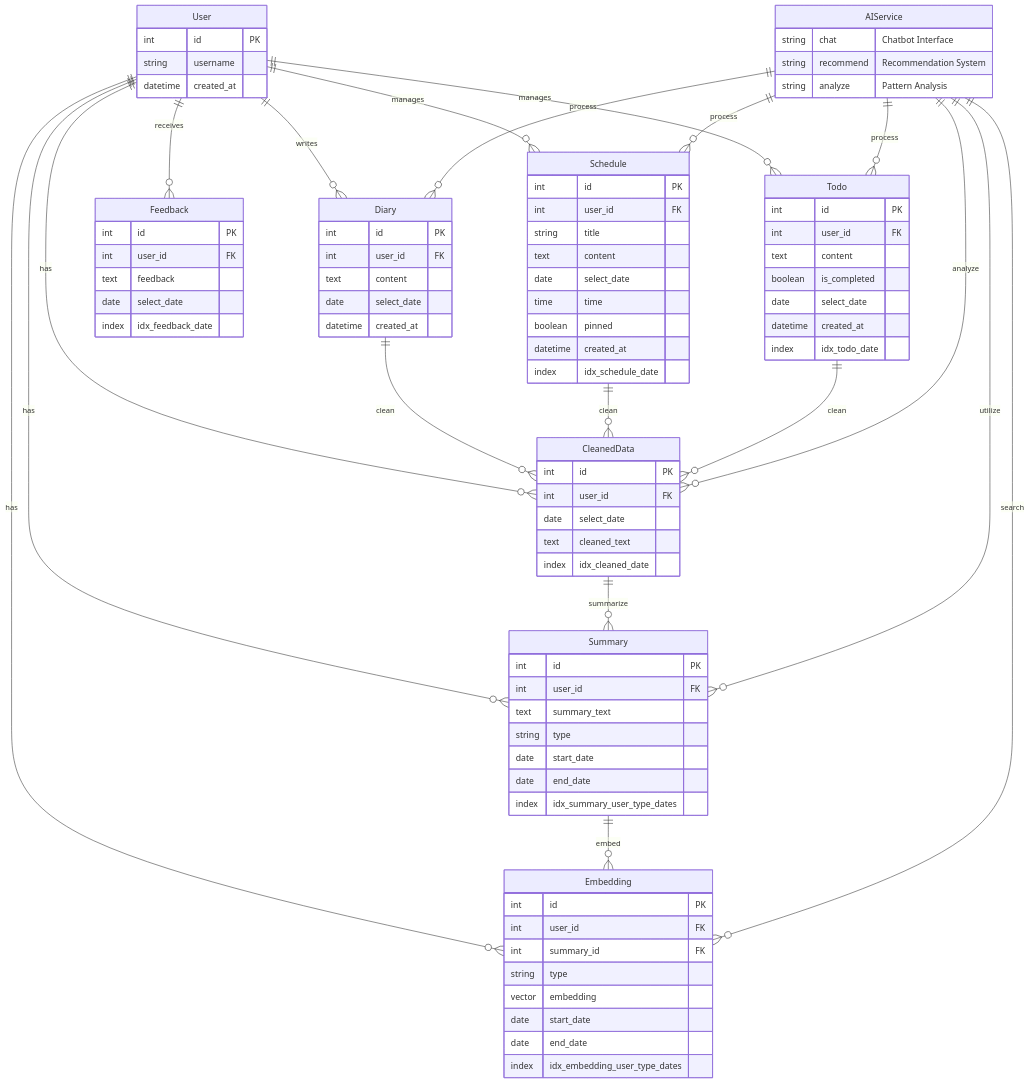
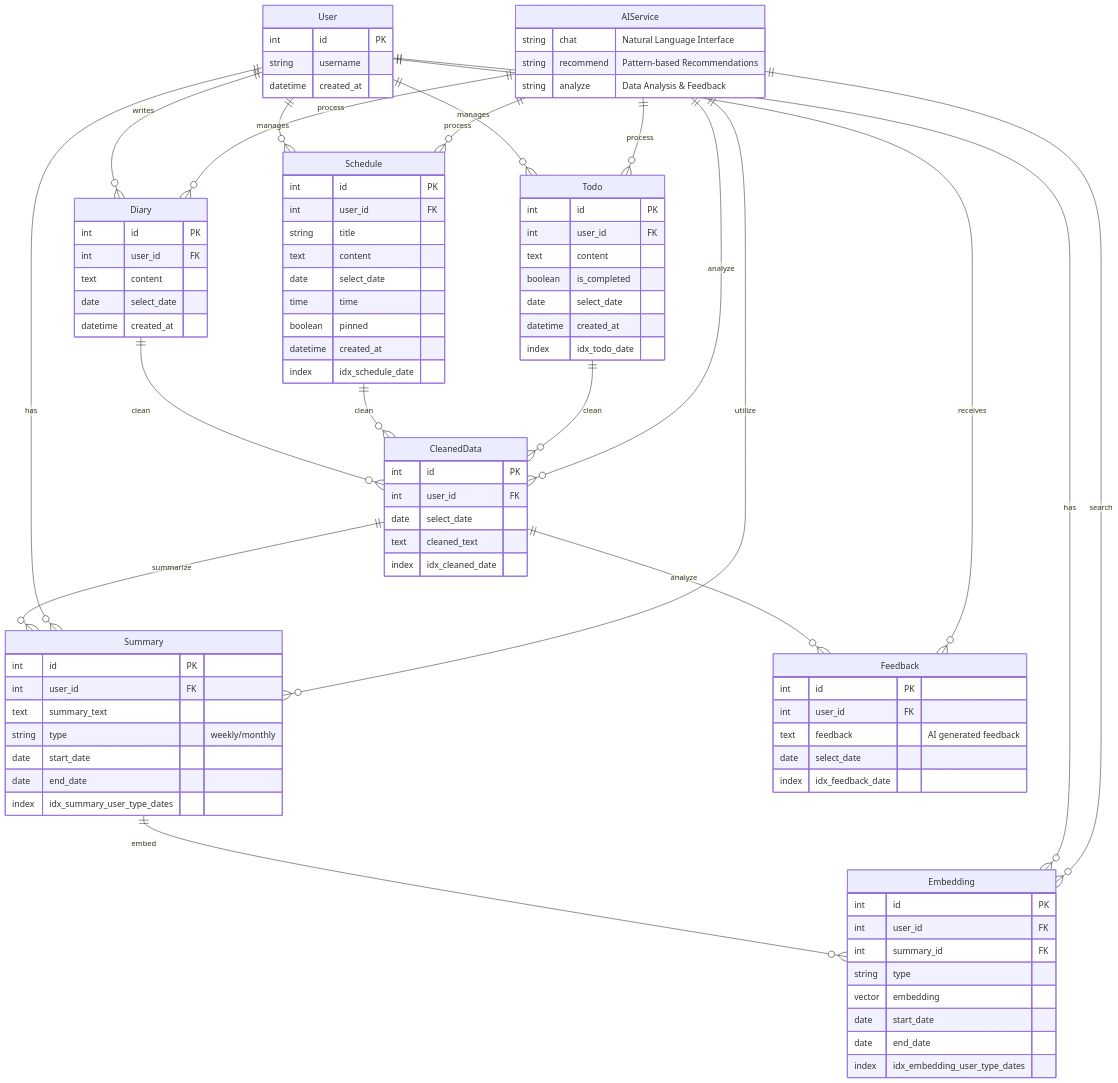
One commit to K-MarkLee/Youtube_Search_bot changed the first of 2 diagrams in README.md. Above: the diagram before and after it, drawn with Mermaid. The commit also changed other lines of this file, not shown here.

````diff
--- a/README.md
+++ b/README.md
@@ -3,20 +3,22 @@
 ```mermaid
 erDiagram
-    %% 핵심 데이터 관계
+    %% 사용자 데이터
     User ||--o{ Diary : writes
     User ||--o{ Schedule : manages
     User ||--o{ Todo : manages
-    User ||--o{ Feedback : receives
-    User ||--o{ Summary : has
-    User ||--o{ CleanedData : has
-    User ||--o{ Embedding : has
     
     %% AI 처리 흐름
     Diary ||--o{ CleanedData : clean
     Schedule ||--o{ CleanedData : clean
     Todo ||--o{ CleanedData : clean
     CleanedData ||--o{ Summary : summarize
+    CleanedData ||--o{ Feedback : analyze
     Summary ||--o{ Embedding : embed
+    
+    %% AI 결과
+    User ||--o{ Feedback : receives
+    User ||--o{ Summary : has
+    User ||--o{ Embedding : has
     
     %% AI 서비스
     AIService ||--o{ Diary : process
@@ -62,14 +64,6 @@
         index idx_todo_date
     }
 
-    Feedback {
-        int id PK
-        int user_id FK
-        text feedback
-        date select_date
-        index idx_feedback_date
-    }
-
     CleanedData {
         int id PK
         int user_id FK
@@ -78,11 +72,19 @@
         index idx_cleaned_date
     }
 
+    Feedback {
+        int id PK
+        int user_id FK
+        text feedback "AI generated feedback"
+        date select_date
+        index idx_feedback_date
+    }
+
     Summary {
         int id PK
         int user_id FK
         text summary_text
-        string type
+        string type "weekly/monthly"
         date start_date
         date end_date
         index idx_summary_user_type_dates
@@ -101,8 +103,8 @@
 
     %% AI 서비스 (논리적 엔티티)
     AIService {
-        string chat "Chatbot Interface"
-        string recommend "Recommendation System"
-        string analyze "Pattern Analysis"
+        string chat "Natural Language Interface"
+        string recommend "Pattern-based Recommendations"
+        string analyze "Data Analysis & Feedback"
     }
 ```
````
